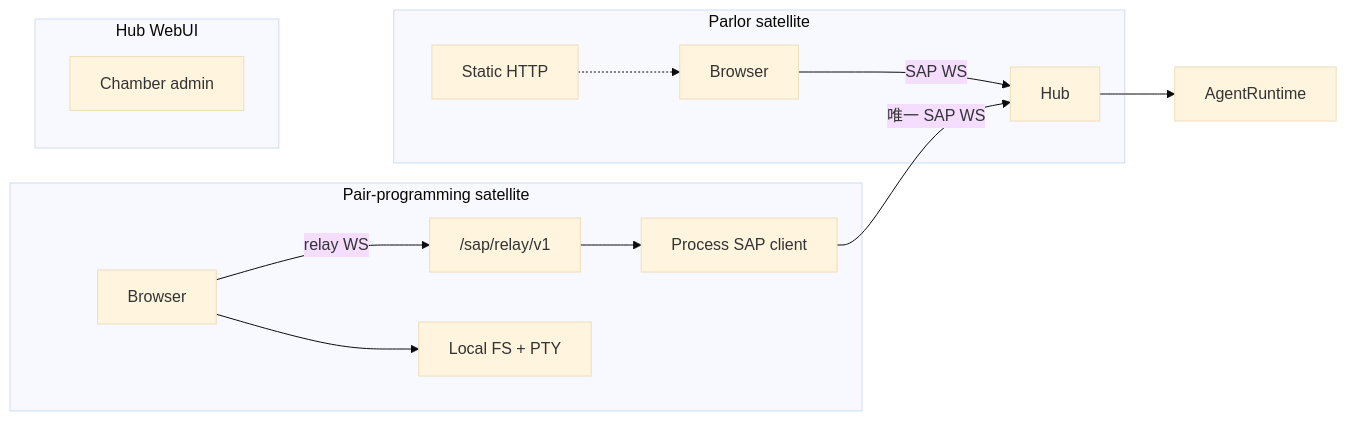
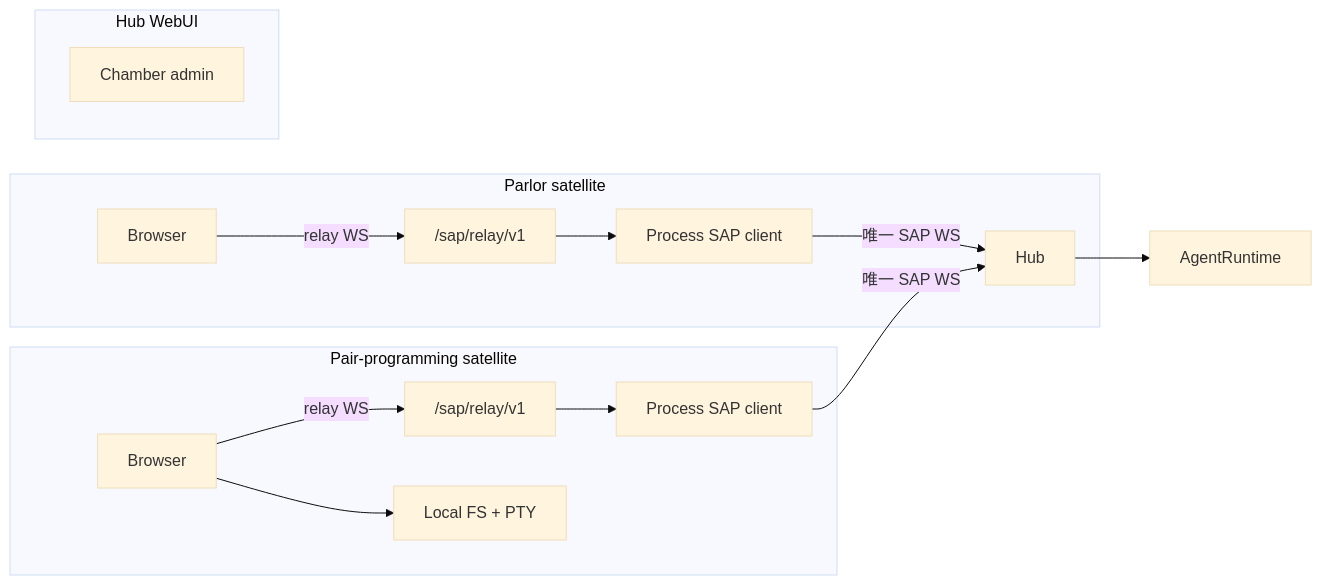
One commit to freeanima-org/freeanima changed the first of 2 diagrams in docs/sap/overview.md. Above: the diagram before and after it, drawn with Mermaid (base theme). The commit also changed other lines of this file and 11 other files, not shown here.

````diff
--- a/docs/sap/overview.md
+++ b/docs/sap/overview.md
@@ -20,17 +20,18 @@
 ```mermaid
 flowchart LR
   subgraph parlor [Parlor satellite]
-    B1[Browser] -->|SAP WS| Hub
-    P1[Static HTTP] -.-> B1
+    B1[Browser] -->|relay WS| Relay1["/sap/relay/v1"]
+    Relay1 --> Proc1[Process SAP client]
+    Proc1 -->|唯一 SAP WS| Hub
   end
   subgraph ppy [Pair-programming satellite]
-    B2[Browser] -->|relay WS| Relay["/sap/relay/v1"]
-    Relay --> Proc[Process SAP client]
-    Proc -->|唯一 SAP WS| Hub
+    B2[Browser] -->|relay WS| Relay2["/sap/relay/v1"]
+    Relay2 --> Proc2[Process SAP client]
+    Proc2 -->|唯一 SAP WS| Hub
     B2 --> Local[Local FS + PTY]
   end
   Hub --> Runtime[AgentRuntime]
   subgraph hubWebUI [Hub WebUI]
     Chamber[Chamber admin]
   end
 ```
````
